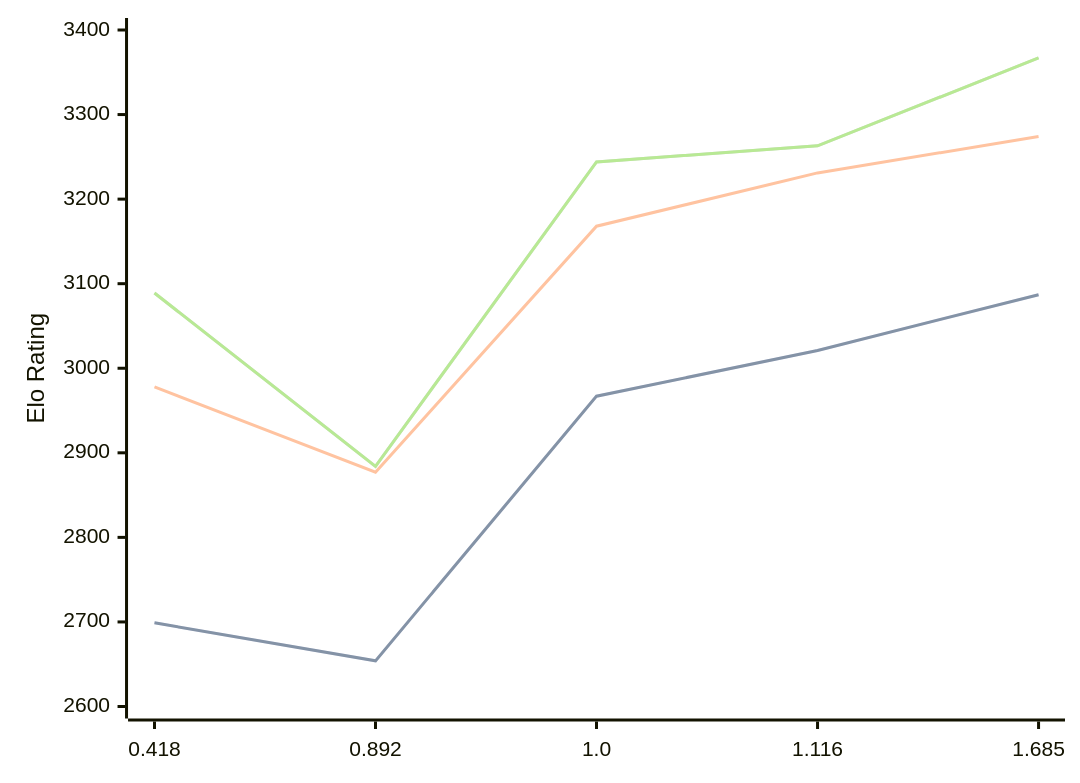
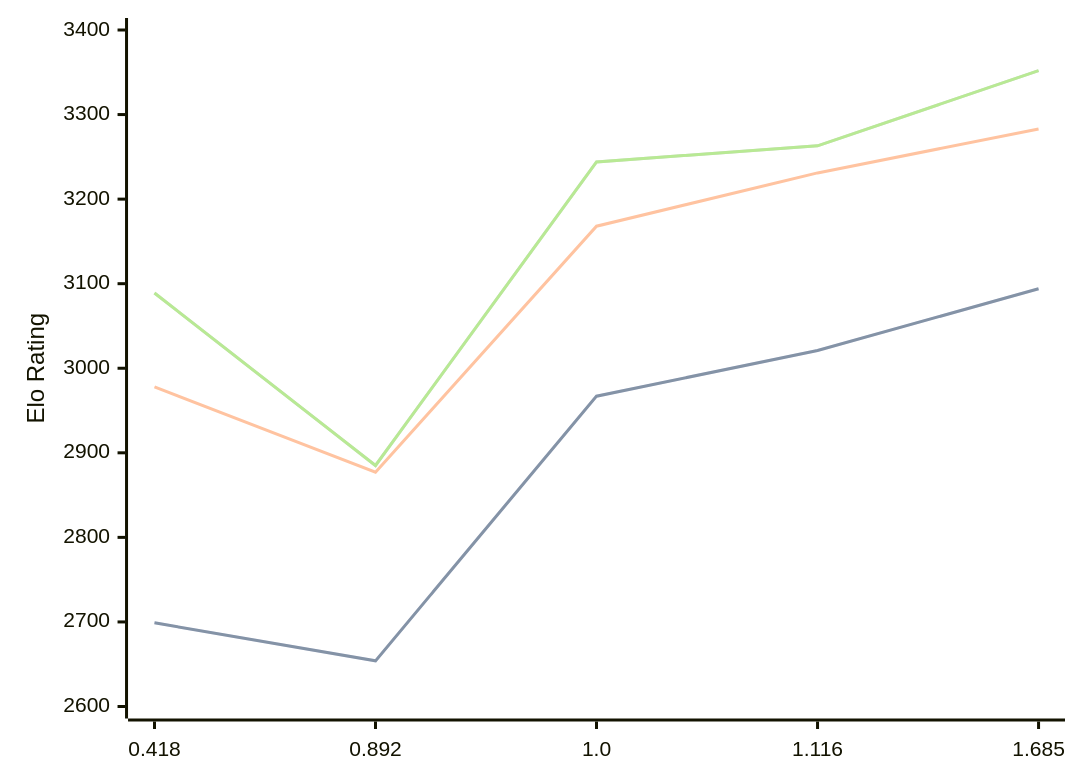
Before and after one commit to computer-chess-index/cci: the diagram in engines/Malika.md, drawn with Mermaid. The commit also changed other lines of this file, not shown here.

Commit message:
Update CCI Ratings (ELO VLTC) - 2026-07-21

````diff
--- a/engines/Malika.md
+++ b/engines/Malika.md
@@ -35,11 +35,11 @@
 ```mermaid
 %%{init: {"theme":"base","themeVariables":{"seriesColors:['#a3a3a3','#222221','#faa371']}}}%%
 xychart-beta
   x-axis ["0.418", "0.892", "1.0", "1.116", "1.685"]
   y-axis "Elo Rating" 2600 --> 3400
-  line "STC (8.0+0.08s)" [2699, 2654, 2967, 3021, 3087]
-  line "STC (8.0+0.08s)" [2699, 2654, 2967, 3021, 3087]
-  line "LTC (60.0+0.60s)" [2978, 2877, 3168, 3231, 3274]
-  line "VLTC (2m24s+1.12s)" [3089, 2884, 3244, 3263, 3367]
-  line "VLTC (2m24s+1.12s)" [3089, 2884, 3244, 3263, 3367]
+  line "STC (8.0+0.08s)" [2699, 2654, 2967, 3021, 3094]
+  line "STC (8.0+0.08s)" [2699, 2654, 2967, 3021, 3094]
+  line "LTC (60.0+0.60s)" [2978, 2877, 3168, 3231, 3283]
+  line "VLTC (2m24s+1.12s)" [3089, 2885, 3244, 3263, 3352]
+  line "VLTC (2m24s+1.12s)" [3089, 2885, 3244, 3263, 3352]
 ```
````
